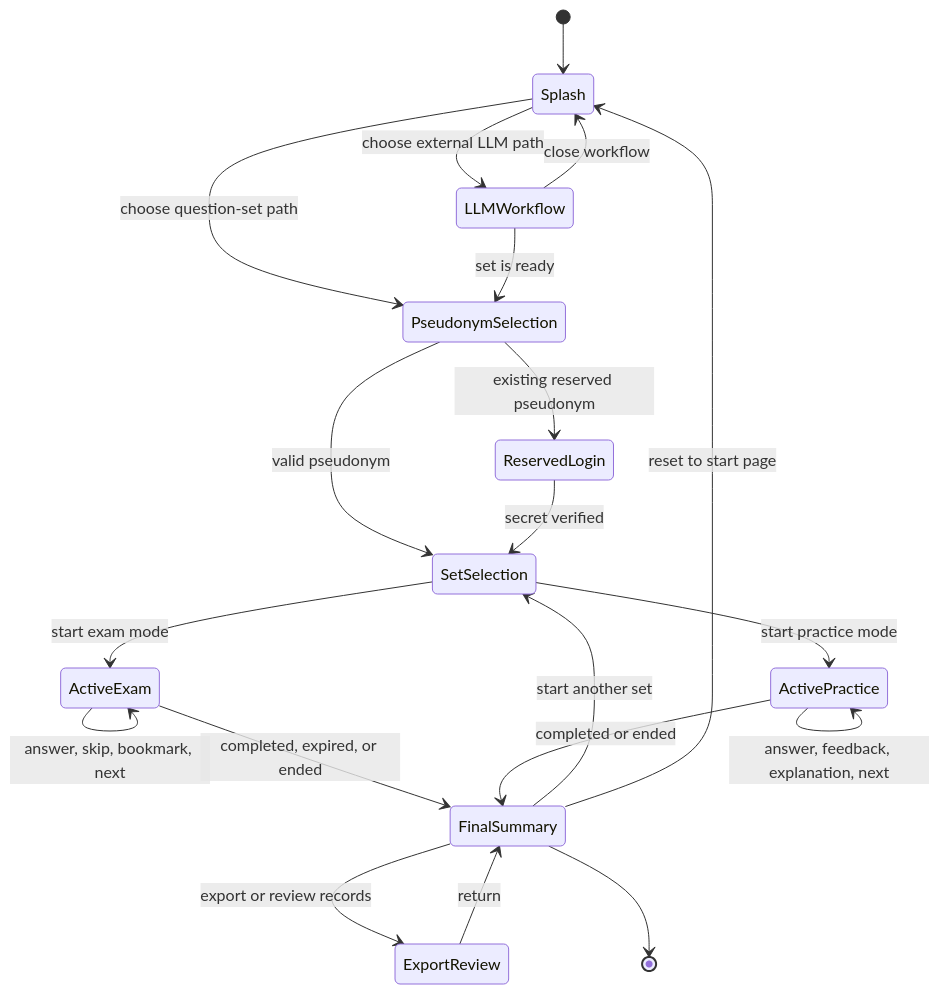
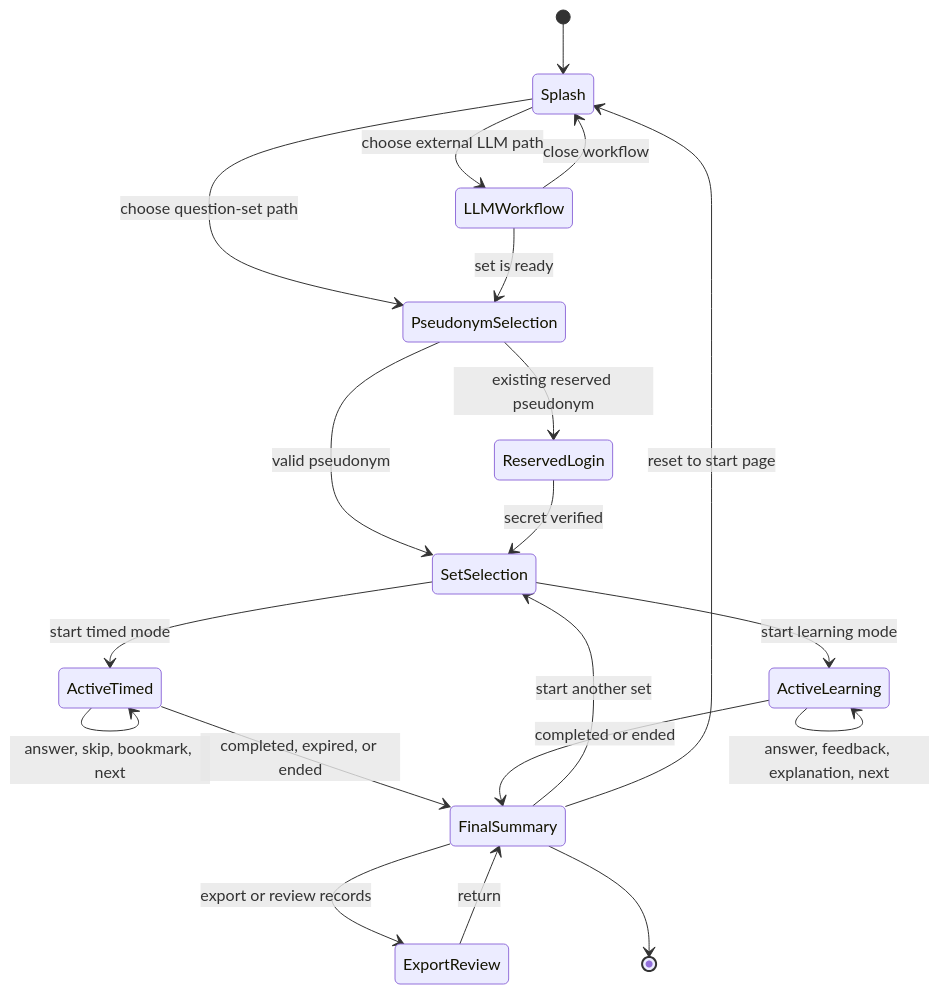
Before and after one commit to kqc-real/streamlit: the third of 9 diagrams in docs/diagrams/mc-test-mermaid.md, drawn with Mermaid. The commit also changed other lines of this file and 13 other files, not shown here.

````diff
--- a/docs/diagrams/mc-test-mermaid.md
+++ b/docs/diagrams/mc-test-mermaid.md
@@ -104,26 +104,26 @@
 ```mermaid
 stateDiagram-v2
     [*] --> Splash
     Splash --> PseudonymSelection: choose question-set path
     Splash --> LLMWorkflow: choose external LLM path
     LLMWorkflow --> Splash: close workflow
     LLMWorkflow --> PseudonymSelection: set is ready
 
     PseudonymSelection --> SetSelection: valid pseudonym
     PseudonymSelection --> ReservedLogin: existing reserved pseudonym
     ReservedLogin --> SetSelection: secret verified
 
-    SetSelection --> ActiveExam: start exam mode
-    SetSelection --> ActivePractice: start practice mode
+    SetSelection --> ActiveTimed: start timed mode
+    SetSelection --> ActiveLearning: start learning mode
 
-    ActiveExam --> ActiveExam: answer, skip, bookmark, next
-    ActivePractice --> ActivePractice: answer, feedback, explanation, next
-    ActiveExam --> FinalSummary: completed, expired, or ended
-    ActivePractice --> FinalSummary: completed or ended
+    ActiveTimed --> ActiveTimed: answer, skip, bookmark, next
+    ActiveLearning --> ActiveLearning: answer, feedback, explanation, next
+    ActiveTimed --> FinalSummary: completed, expired, or ended
+    ActiveLearning --> FinalSummary: completed or ended
 
     FinalSummary --> ExportReview: export or review records
     FinalSummary --> SetSelection: start another set
     FinalSummary --> Splash: reset to start page
     ExportReview --> FinalSummary: return
     FinalSummary --> [*]
 ```
````
